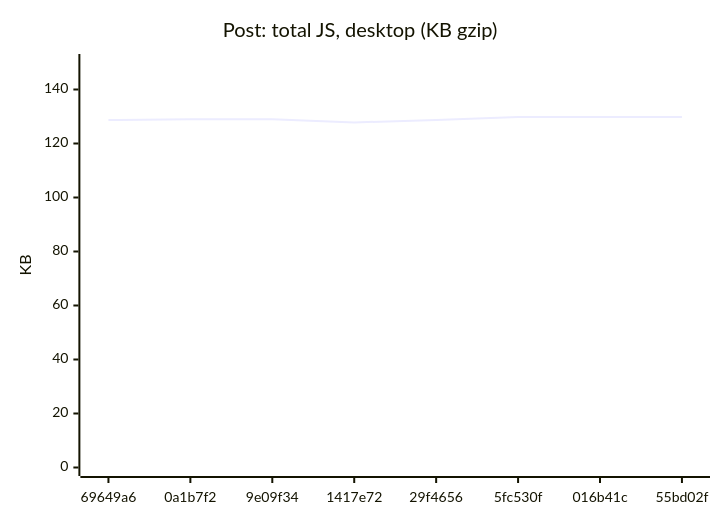
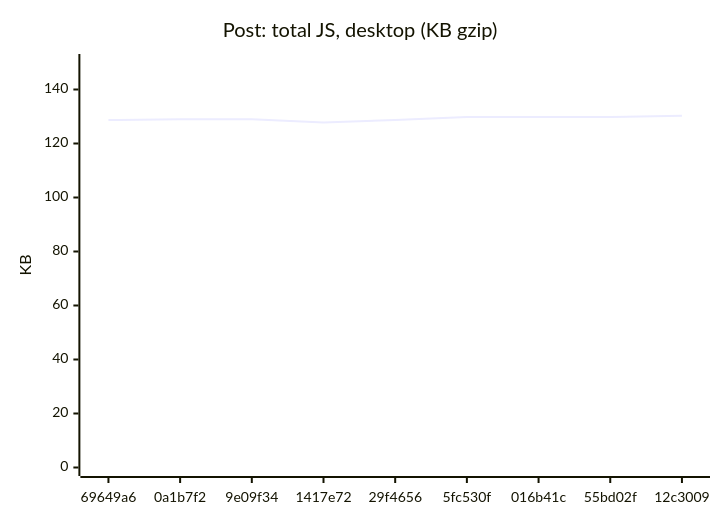
Diagram 11 of 18 in README.md (AxelUser/maltsev.space), drawn with Mermaid before and after one commit. The commit also changed other lines of this file and 1 other file, not shown here.

````diff
--- a/README.md
+++ b/README.md
@@ -125,7 +125,7 @@
 ```mermaid
 xychart-beta
   title "Post: total JS, desktop (KB gzip)"
-  x-axis ["69649a6", "0a1b7f2", "9e09f34", "1417e72", "29f4656", "5fc530f", "016b41c", "55bd02f"]
+  x-axis ["69649a6", "0a1b7f2", "9e09f34", "1417e72", "29f4656", "5fc530f", "016b41c", "55bd02f", "12c3009"]
   y-axis "KB" 0 --> 150
-  line [128.7, 129, 129, 127.8, 128.7, 129.8, 129.8, 129.8]
+  line [128.7, 129, 129, 127.8, 128.7, 129.8, 129.8, 129.8, 130.3]
 ```
````
